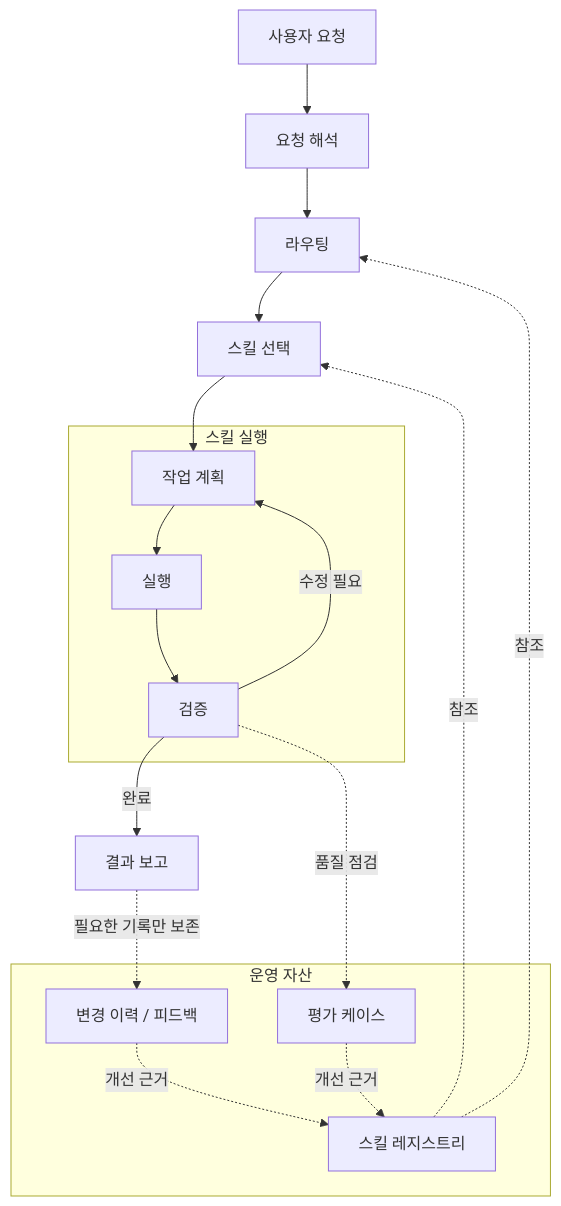
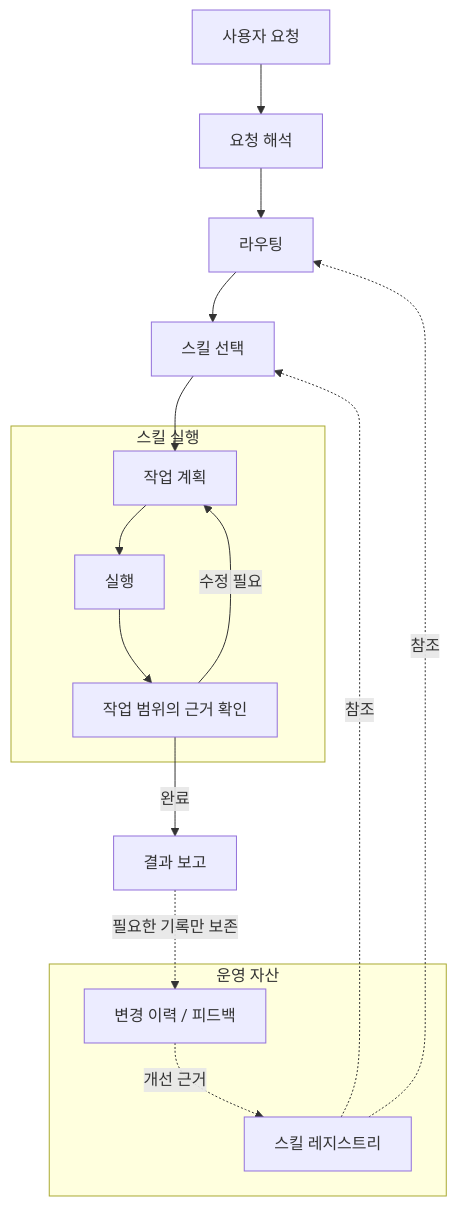
Before and after one commit to jhan153/skill-system: the diagram in README.ko.md, drawn with Mermaid. The commit also changed other lines of this file and 175 other files, not shown here.

````diff
--- a/README.ko.md
+++ b/README.ko.md
@@ -79,29 +79,26 @@
 ```mermaid
 flowchart TB
   A[사용자 요청] --> B[요청 해석]
 
   B --> C[라우팅]
   C --> D[스킬 선택]
   D --> E[작업 계획]
 
   subgraph S[스킬 실행]
     E --> F[실행]
-    F --> G[검증]
+    F --> G[작업 범위의 근거 확인]
     G -- 수정 필요 --> E
   end
 
   G -- 완료 --> H[결과 보고]
 
   subgraph K[운영 자산]
     R[스킬 레지스트리]
-    V[평가 케이스]
     L[변경 이력 / 피드백]
   end
 
   R -. 참조 .-> C
   R -. 참조 .-> D
-  G -. 품질 점검 .-> V
   H -. 필요한 기록만 보존 .-> L
-  V -. 개선 근거 .-> R
   L -. 개선 근거 .-> R
 ```
````
